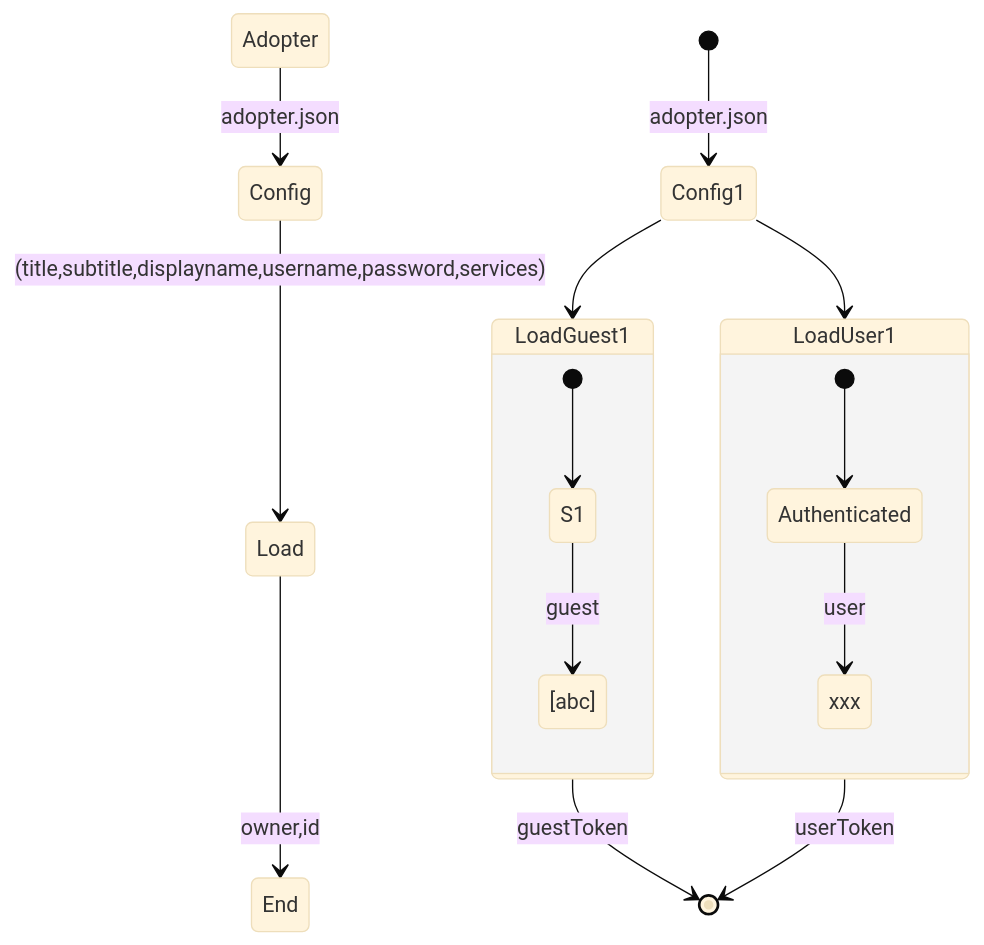
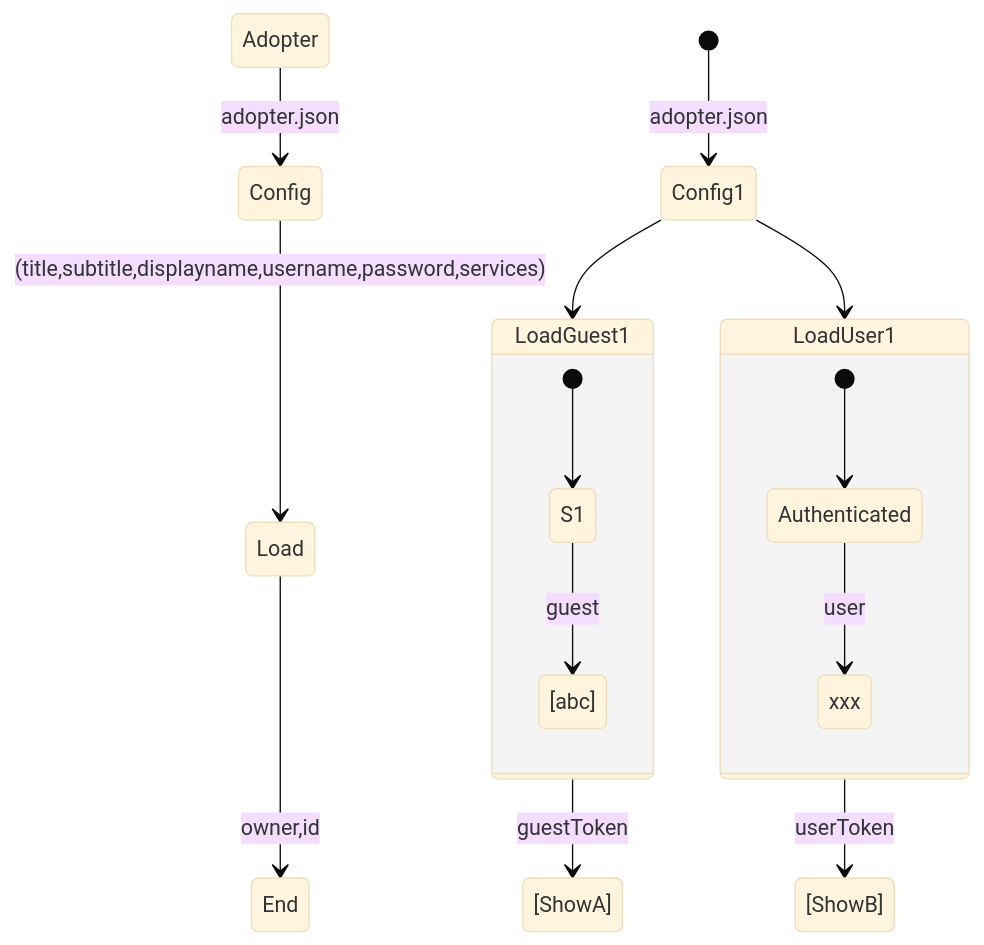
Before and after one commit to Wilfongjt/lb-A: the first of 4 diagrams in README.md, drawn with Mermaid.

````diff
--- a/README.md
+++ b/README.md
@@ -5,29 +5,29 @@
 ```mermaid
 %%{init: {'securityLevel': 'loose', 'theme':'base'}}%%
 stateDiagram
  
 
  
     
     
     state LoadGuest1 {
         [*] --> S1
         S1 --> [abc] : guest
 
     }
     state LoadUser1 {
        
         [*] --> Authenticated
         Authenticated --> xxx : user
     }
  
     Adopter --> Config : adopter.json
     Config --> Load : (title,subtitle,displayname,username,password,services)
     Load --> End : owner,id
  
     [*] --> Config1 : adopter.json
     Config1 --> LoadGuest1 
     Config1 --> LoadUser1
-    LoadGuest1 --> [*] : guestToken
-    LoadUser1 --> [*] : userToken
+    LoadGuest1 --> [ShowA] : guestToken
+    LoadUser1 --> [ShowB] : userToken
 ```
````
